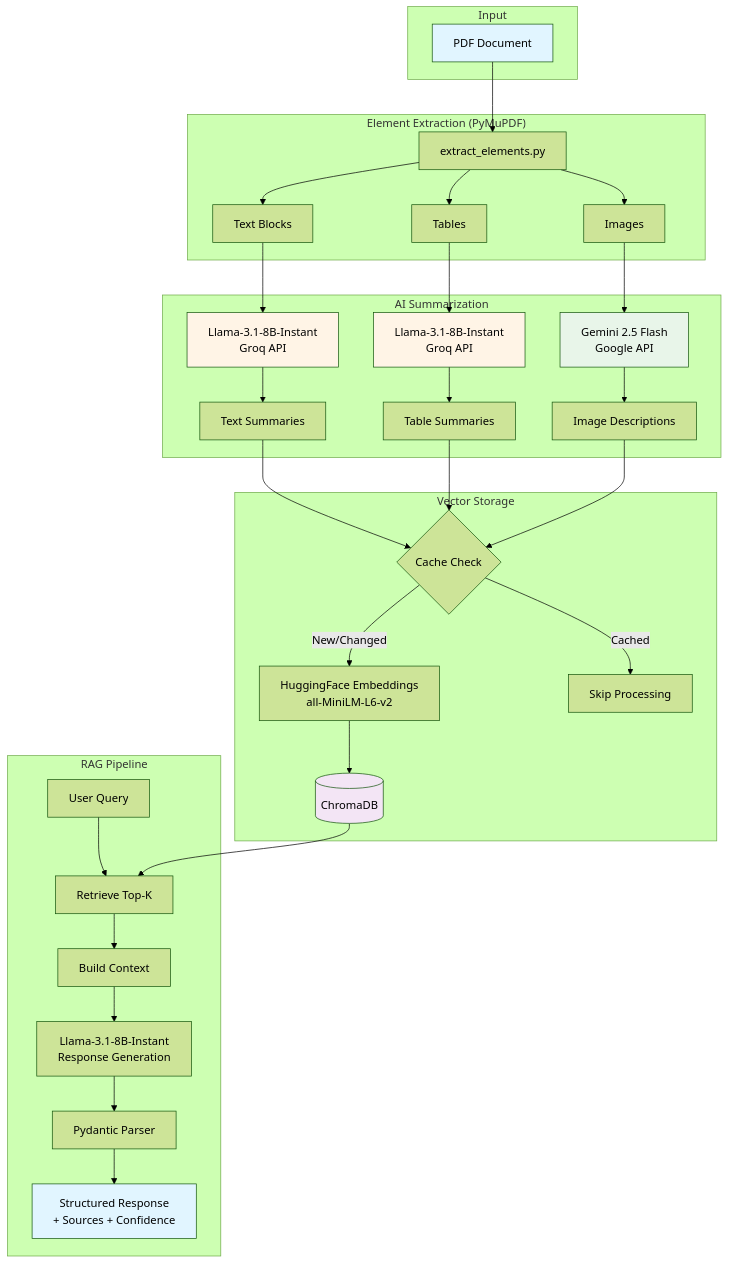
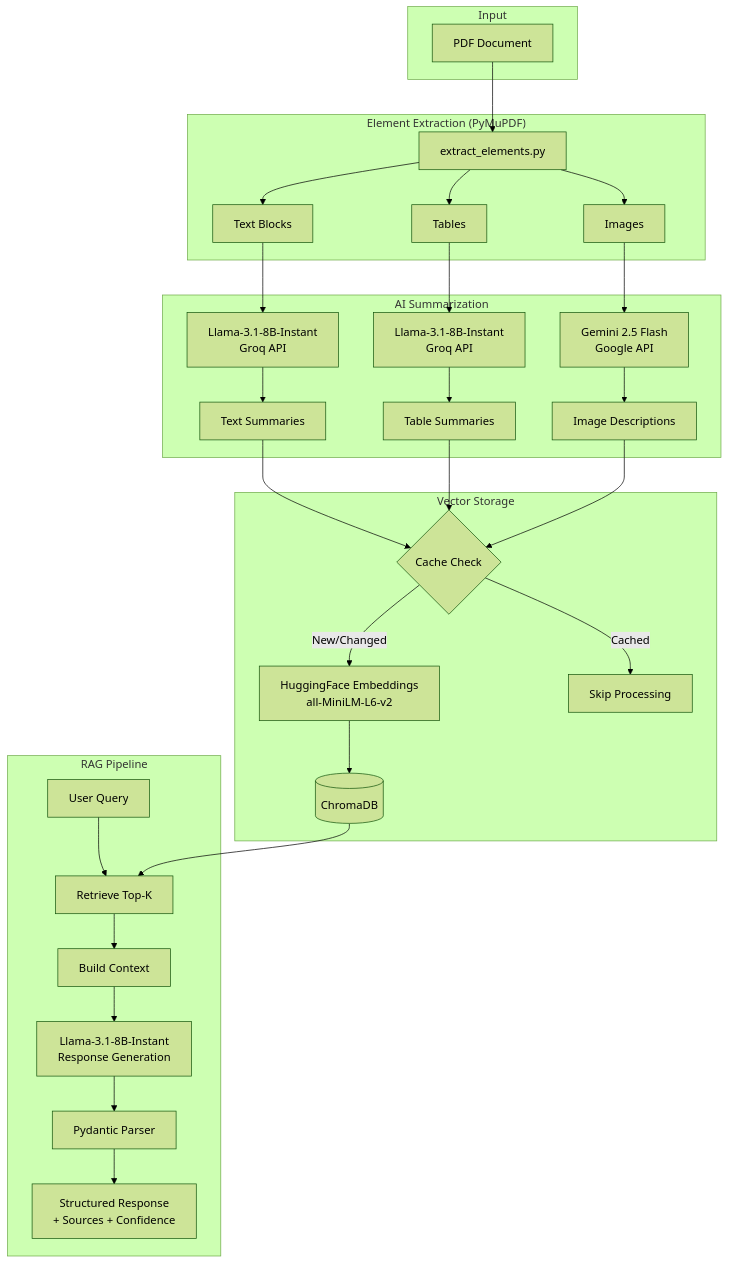
Before and after one commit to sanskar800/multimodal-rag: the diagram in README.md, drawn with Mermaid (forest theme).

Commit message:
docs: remove unused Mermaid diagram style definitions from README

````diff
--- a/README.md
+++ b/README.md
@@ -16,49 +16,44 @@
 ```mermaid
 flowchart TB
     subgraph Input
         PDF[PDF Document]
     end
     
     subgraph Extraction["Element Extraction (PyMuPDF)"]
         PDF --> EXT[extract_elements.py]
         EXT --> TEXT[Text Blocks]
         EXT --> TABLES[Tables]
         EXT --> IMAGES[Images]
     end
     
     subgraph Summarization["AI Summarization"]
         TEXT --> LLAMA_T[Llama-3.1-8B-Instant<br/>Groq API]
         TABLES --> LLAMA_TB[Llama-3.1-8B-Instant<br/>Groq API]
         IMAGES --> GEMINI[Gemini 2.5 Flash<br/>Google API]
         
         LLAMA_T --> SUM_T[Text Summaries]
         LLAMA_TB --> SUM_TB[Table Summaries]
         GEMINI --> SUM_I[Image Descriptions]
     end
     
     subgraph Storage["Vector Storage"]
         SUM_T --> CACHE{Cache Check}
         SUM_TB --> CACHE
         SUM_I --> CACHE
         
         CACHE -->|New/Changed| EMB[HuggingFace Embeddings<br/>all-MiniLM-L6-v2]
         CACHE -->|Cached| SKIP[Skip Processing]
         EMB --> CHROMA[(ChromaDB)]
     end
     
     subgraph RAG["RAG Pipeline"]
         QUERY[User Query] --> RETRIEVE[Retrieve Top-K]
         CHROMA --> RETRIEVE
         RETRIEVE --> CONTEXT[Build Context]
         CONTEXT --> GENERATE[Llama-3.1-8B-Instant<br/>Response Generation]
         GENERATE --> PARSE[Pydantic Parser]
         PARSE --> RESPONSE[Structured Response<br/>+ Sources + Confidence]
     end
     
-    style PDF fill:#e1f5ff
-    style LLAMA_T fill:#fff4e6
-    style LLAMA_TB fill:#fff4e6
-    style GEMINI fill:#e8f5e9
-    style CHROMA fill:#f3e5f5
-    style RESPONSE fill:#e1f5ff
+
 ```
````
